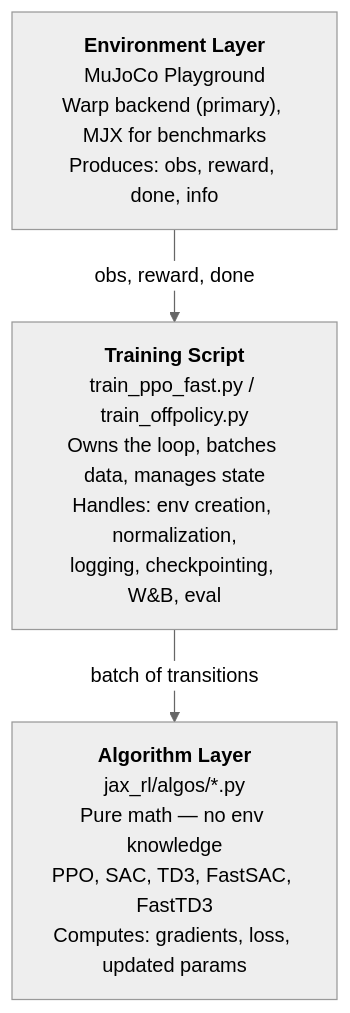
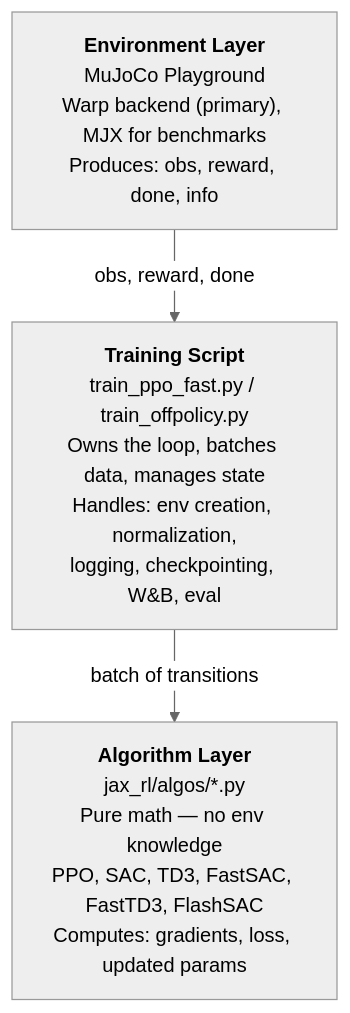
The diagram in docs/reference/architecture.md (stevenwman/jax-learning), drawn with Mermaid (neutral theme) before and after one commit. The commit also changed other lines of this file and 8 other files, not shown here.

````diff
--- a/docs/reference/architecture.md
+++ b/docs/reference/architecture.md
@@ -7,9 +7,9 @@
 ```mermaid
 flowchart TD
     ENV["<b>Environment Layer</b><br/>MuJoCo Playground<br/>Warp backend (primary), MJX for benchmarks<br/>Produces: obs, reward, done, info"]
     TRAIN["<b>Training Script</b><br/>train_ppo_fast.py / train_offpolicy.py<br/>Owns the loop, batches data, manages state<br/>Handles: env creation, normalization,<br/>logging, checkpointing, W&B, eval"]
-    ALGO["<b>Algorithm Layer</b><br/>jax_rl/algos/*.py<br/>Pure math — no env knowledge<br/>PPO, SAC, TD3, FastSAC, FastTD3<br/>Computes: gradients, loss, updated params"]
+    ALGO["<b>Algorithm Layer</b><br/>jax_rl/algos/*.py<br/>Pure math — no env knowledge<br/>PPO, SAC, TD3, FastSAC, FastTD3, FlashSAC<br/>Computes: gradients, loss, updated params"]
 
     ENV -->|"obs, reward, done"| TRAIN
     TRAIN -->|"batch of transitions"| ALGO
 ```
````
